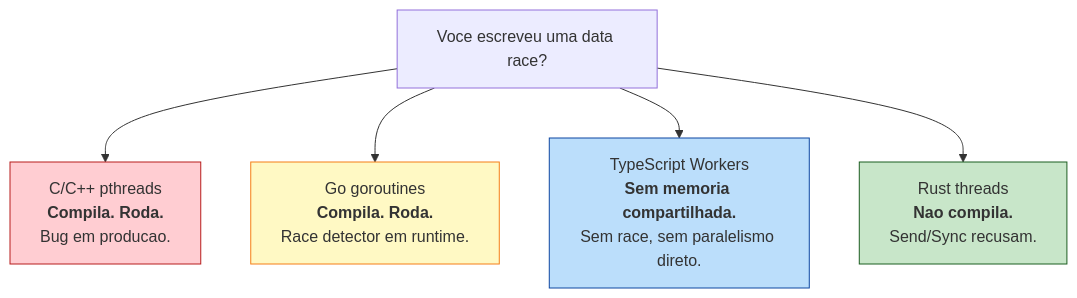
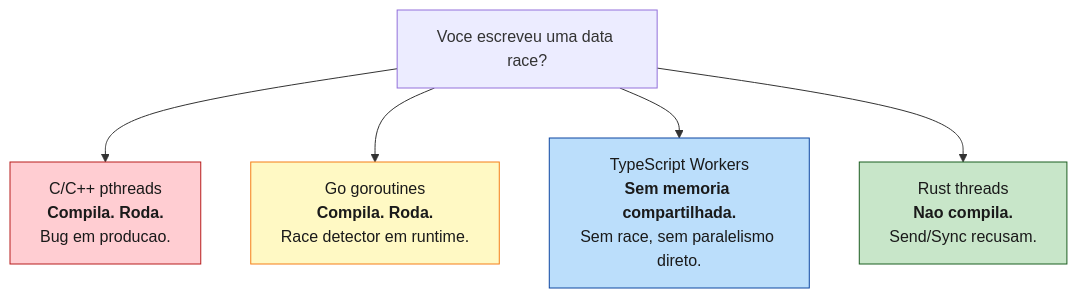
The first of 3 diagrams in book/part-11-concurrency/ch30-threads-send-sync.md (Felipeness/ferro-e-espirito), drawn with Mermaid before and after one commit. The commit also changed other lines of this file and 56 other files, not shown here.

First line of the commit message:
fix: contraste de texto em diagramas mermaid

````diff
--- a/book/part-11-concurrency/ch30-threads-send-sync.md
+++ b/book/part-11-concurrency/ch30-threads-send-sync.md
@@ -74,14 +74,14 @@
 ```mermaid
 graph TB
     Q[Voce escreveu uma data race?]
 
     Q --> C["C/C++ pthreads<br/><b>Compila. Roda.</b><br/>Bug em producao."]
     Q --> Go["Go goroutines<br/><b>Compila. Roda.</b><br/>Race detector em runtime."]
     Q --> TS["TypeScript Workers<br/><b>Sem memoria compartilhada.</b><br/>Sem race, sem paralelismo direto."]
     Q --> Rust["Rust threads<br/><b>Nao compila.</b><br/>Send/Sync recusam."]
 
-    style C fill:#ffcdd2,stroke:#b71c1c
-    style Go fill:#fff9c4,stroke:#f57f17
-    style TS fill:#bbdefb,stroke:#0d47a1
-    style Rust fill:#c8e6c9,stroke:#1b5e20
+    style C fill:#ffcdd2,stroke:#b71c1c,color:#1a1a1a
+    style Go fill:#fff9c4,stroke:#f57f17,color:#1a1a1a
+    style TS fill:#bbdefb,stroke:#0d47a1,color:#1a1a1a
+    style Rust fill:#c8e6c9,stroke:#1b5e20,color:#1a1a1a
 ```
````
